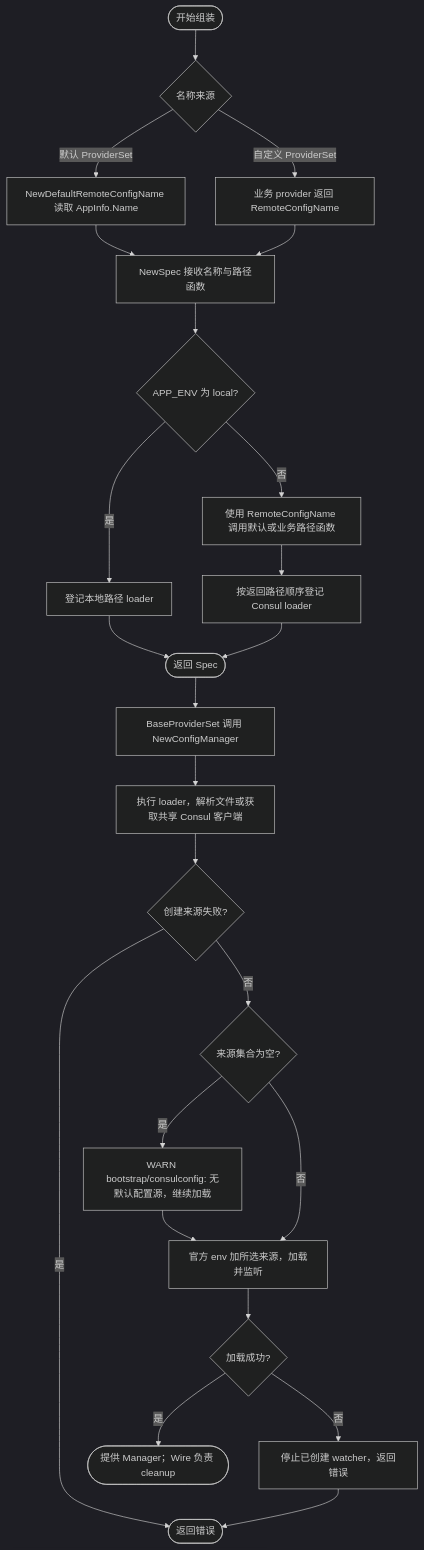
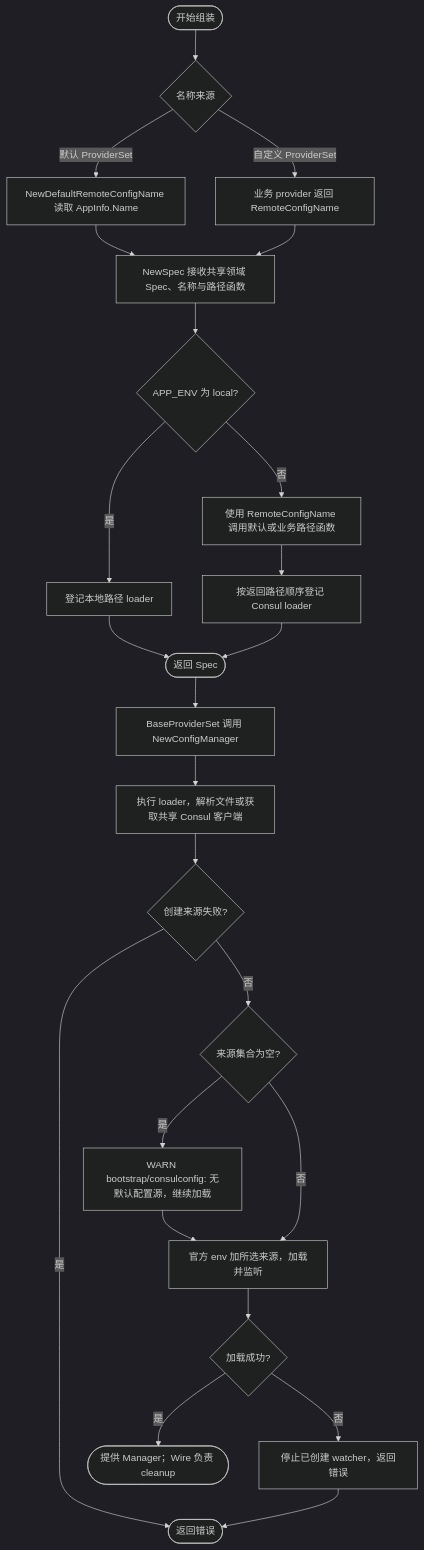
The diagram in contrib/bootstrap/consulconfig/README.md (jaggerzhuang1994/kratos-foundation), drawn with Mermaid (dark theme) before and after one commit. The commit also changed other lines of this file and 77 other files, not shown here.

Commit message:
refactor(bootstrap): 简化 Spec 蓝图组装与协议启用规则

````diff
--- a/contrib/bootstrap/consulconfig/README.md
+++ b/contrib/bootstrap/consulconfig/README.md
@@ -71,26 +71,26 @@
 ```mermaid
 flowchart TD
  A([开始组装]) --> A1{名称来源}
  A1 -- 默认 ProviderSet --> A2[NewDefaultRemoteConfigName 读取 AppInfo.Name]
  A1 -- 自定义 ProviderSet --> A3[业务 provider 返回 RemoteConfigName]
- A2 --> A4[NewSpec 接收名称与路径函数]
+ A2 --> A4[NewSpec 接收共享领域 Spec、名称与路径函数]
  A3 --> A4
  A4 --> B{APP_ENV 为 local?}
  B -- 是 --> C[登记本地路径 loader]
  B -- 否 --> D[使用 RemoteConfigName 调用默认或业务路径函数]
  D --> E[按返回路径顺序登记 Consul loader]
  C --> F([返回 Spec])
  E --> F
  F --> G[BaseProviderSet 调用 NewConfigManager]
  G --> H[执行 loader，解析文件或获取共享 Consul 客户端]
  H --> I{创建来源失败?}
  I -- 是 --> X([返回错误])
  I -- 否 --> N{来源集合为空?}
  N -- 是 --> O[WARN bootstrap/consulconfig: 无默认配置源，继续加载]
  O --> J[官方 env 加所选来源，加载并监听]
  N -- 否 --> J
  J --> K{加载成功?}
  K -- 否 --> L[停止已创建 watcher，返回错误]
  L --> X
  K -- 是 --> M([提供 Manager；Wire 负责 cleanup])
 ```
````
